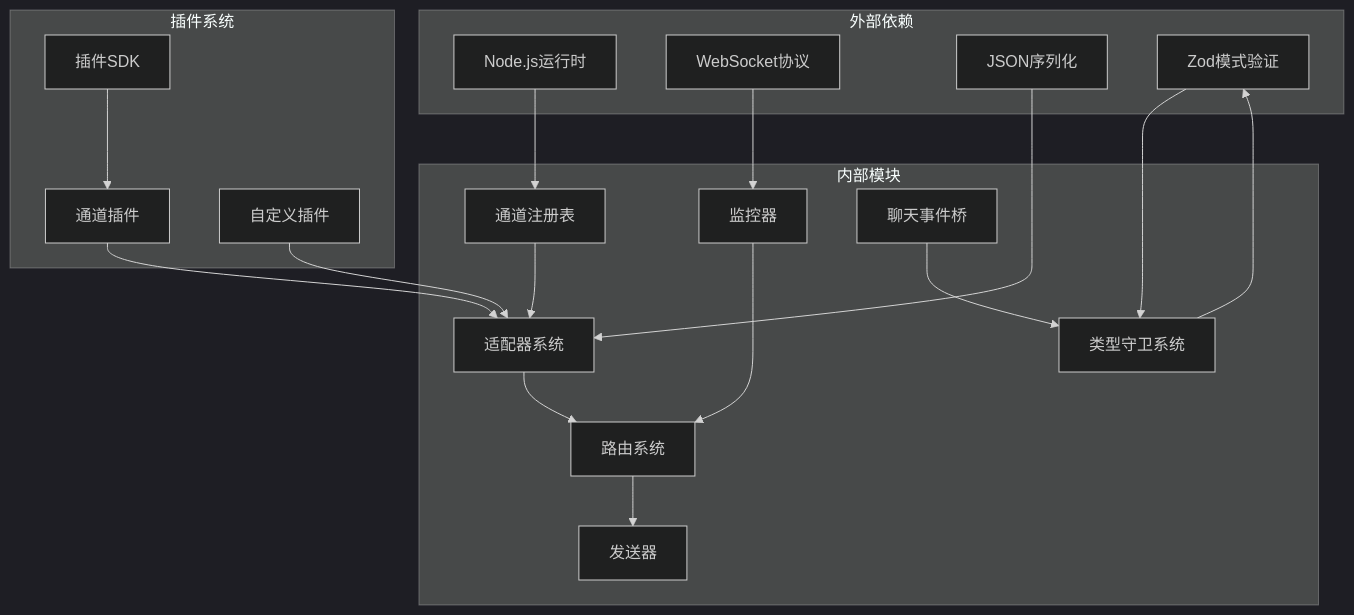
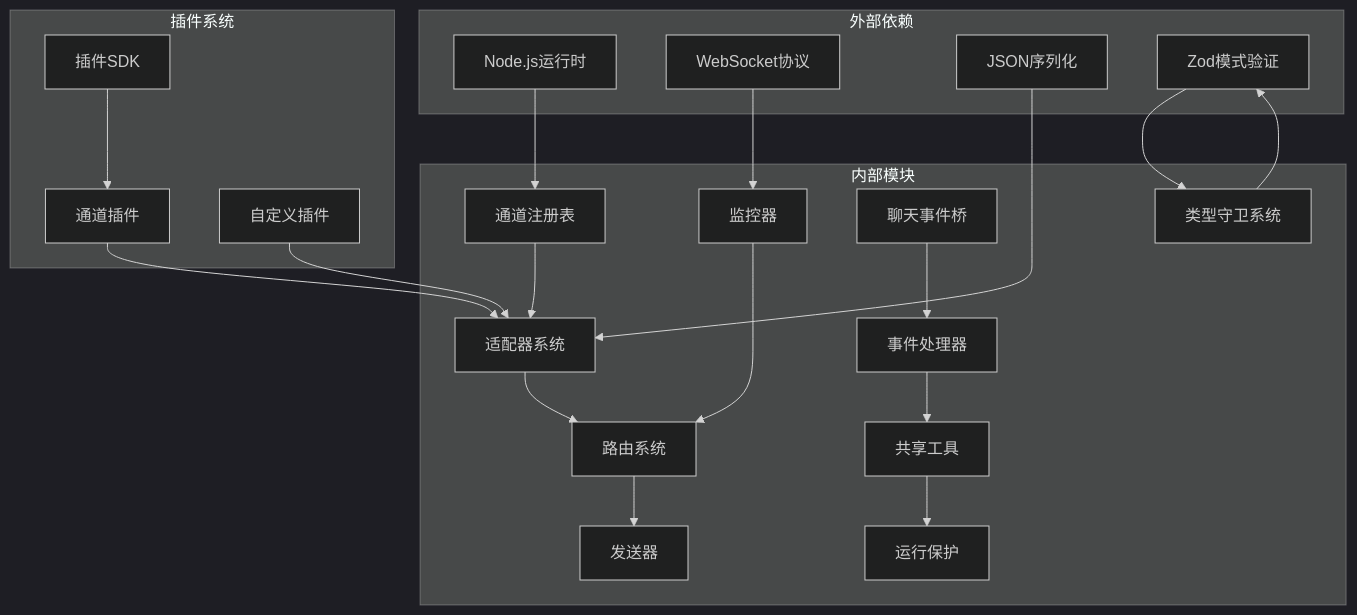
One commit to verse-ai-org/openclaw changed diagram 22 of 22 in .qoder/repowiki/zh/content/Web界面/WebChat界面/聊天运行时提供者增强/聊天事件桥接增强.md. Above: the diagram before and after it, drawn with Mermaid (dark theme). The commit also changed other lines of this file and 20 other files, not shown here.

````diff
--- a/.qoder/repowiki/zh/content/Web界面/WebChat界面/聊天运行时提供者增强/聊天事件桥接增强.md
+++ b/.qoder/repowiki/zh/content/Web界面/WebChat界面/聊天运行时提供者增强/聊天事件桥接增强.md
@@ -598,36 +795,41 @@
 ```mermaid
 graph TB
 subgraph "外部依赖"
 NodeJS[Node.js运行时]
 WebSocket[WebSocket协议]
 JSON[JSON序列化]
 Zod[Zod模式验证]
 end
 subgraph "内部模块"
 Registry[通道注册表]
 Adapter[适配器系统]
 Router[路由系统]
 Sender[发送器]
 Monitor[监控器]
 ChatBridge[聊天事件桥]
 TypeGuard[类型守卫系统]
+EventHandler[事件处理器]
+SharedUtils[共享工具]
+RunGuard[运行保护]
 end
 subgraph "插件系统"
 PluginSDK[插件SDK]
 ChannelPlugins[通道插件]
 CustomPlugins[自定义插件]
 end
 NodeJS --> Registry
 WebSocket --> Monitor
 JSON --> Adapter
 Zod --> TypeGuard
 Registry --> Adapter
 Adapter --> Router
 Router --> Sender
 Monitor --> Router
-ChatBridge --> TypeGuard
+ChatBridge --> EventHandler
+EventHandler --> SharedUtils
+SharedUtils --> RunGuard
 TypeGuard --> Zod
 PluginSDK --> ChannelPlugins
 ChannelPlugins --> Adapter
 CustomPlugins --> Adapter
 ```
````
